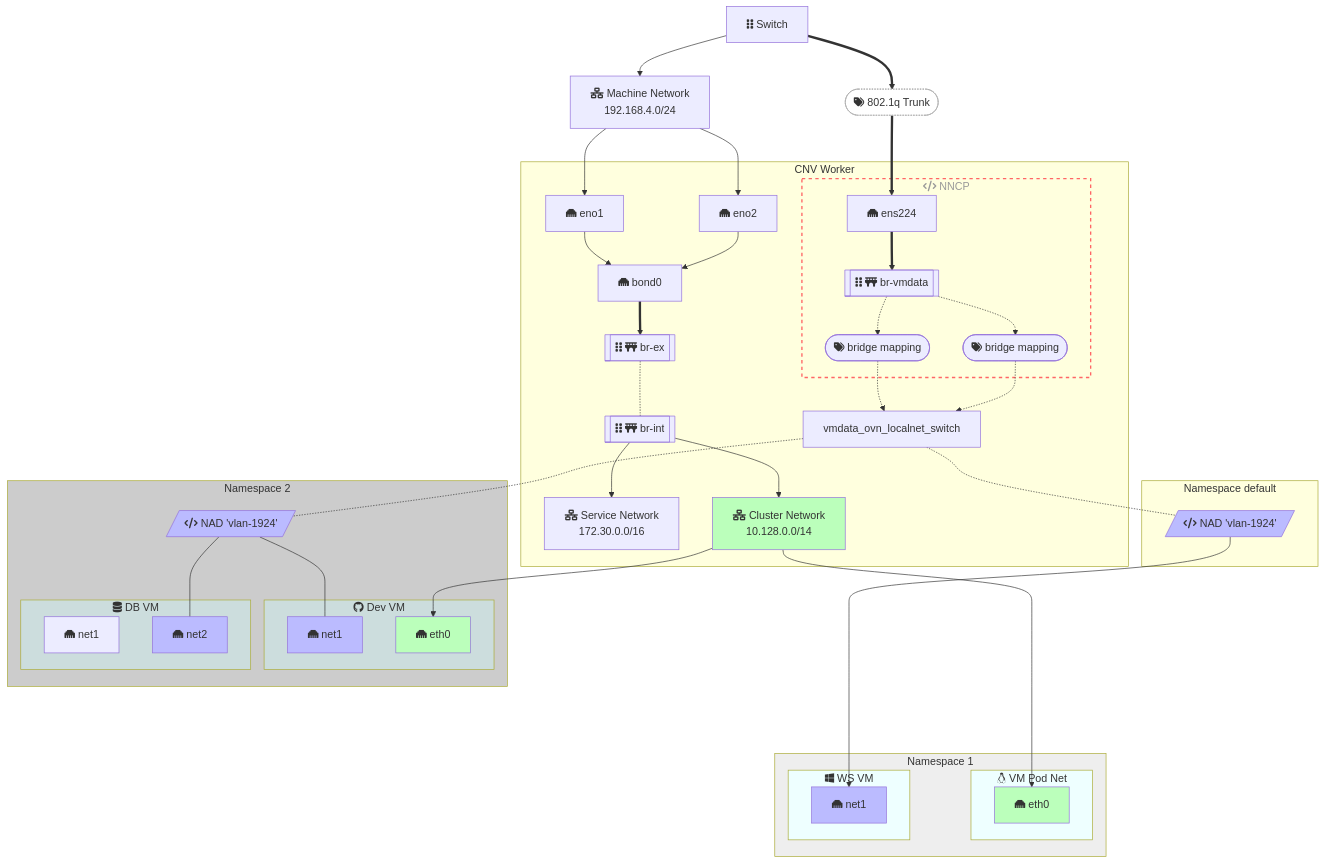
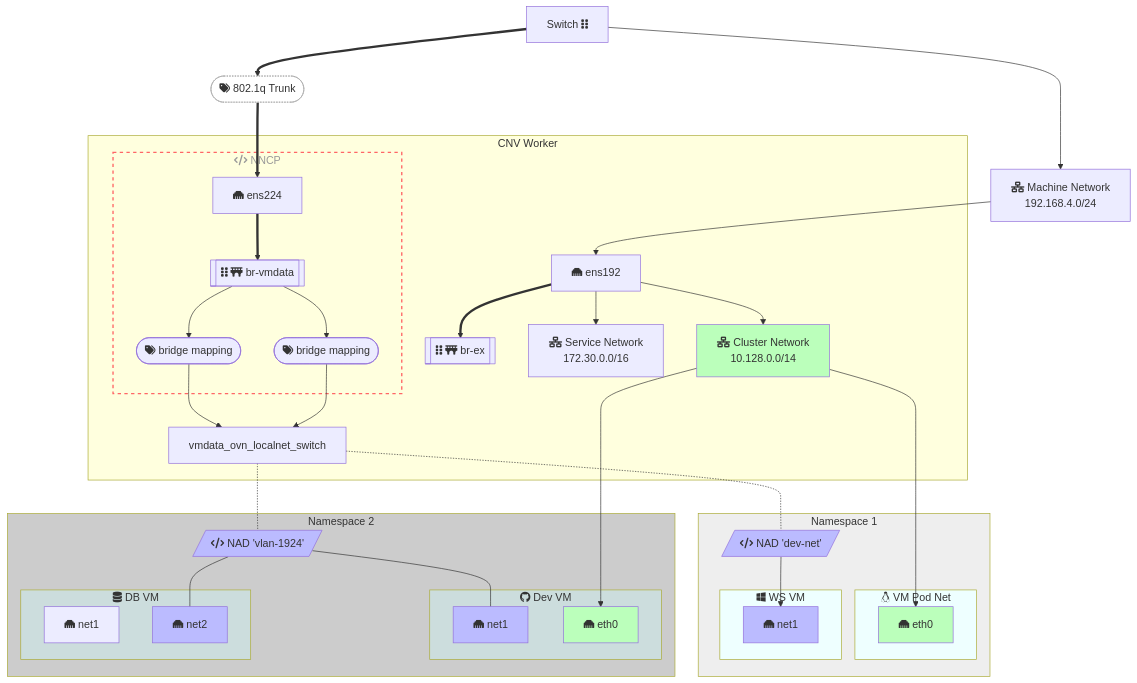
The diagram in content/blog/Open-Virtual-Networking-with-OpenShift-Virtualization.md (dlbewley/guifreelife-src), drawn with Mermaid before and after one commit. The commit also changed other lines of this file, not shown here.

````diff
--- a/content/blog/Open-Virtual-Networking-with-OpenShift-Virtualization.md
+++ b/content/blog/Open-Virtual-Networking-with-OpenShift-Virtualization.md
@@ -536,42 +263,31 @@
 ```mermaid
 graph TD;
 
-  switch["fa:fa-grip-vertical Switch"]
+  switch["Switch fa:fa-grip-vertical"]
   machinenet["fa:fa-network-wired Machine Network<br> 192.168.4.0/24"]
-  switch --> machinenet --> eno1
-             machinenet --> eno2
+  switch --> machinenet --> ens192
   switch ==> T(["fa:fa-tags 802.1q Trunk"]) ==> ens224[ens224]
 
   subgraph node["CNV Worker"]
-    eno1["fa:fa-ethernet eno1"]
-    eno2["fa:fa-ethernet eno2"]
-    eno1 --> bond0
-    eno2 --> bond0
-    bond0["fa:fa-ethernet bond0"]
-    bond0 ==> br-ex[["fa:fa-grip-vertical fa:fa-bridge br-ex"]]
-    br-int[["fa:fa-grip-vertical fa:fa-bridge br-int"]]
-    br-ex -.- br-int
+    ens192["fa:fa-ethernet ens192"]
+    ens192 ==> br-ex[["fa:fa-grip-vertical fa:fa-bridge br-ex"]]
     servicenet["fa:fa-network-wired Service Network<br> 172.30.0.0/16"]
     clusternet["fa:fa-network-wired Cluster Network<br> 10.128.0.0/14"]
 
-    br-int --> servicenet
-    br-int --> clusternet
+    ens192 --> servicenet
+    ens192 --> clusternet
 
     subgraph nncp["fa:fa-code NNCP"]
       ens224["fa:fa-ethernet ens224"]
       ens224 ==> br-vmdata[["fa:fa-grip-vertical fa:fa-bridge br-vmdata"]]
-      br-vmdata -.-> BM1924(["fa:fa-tags bridge mapping"])
-      br-vmdata -.-> BM1926(["fa:fa-tags bridge mapping"])
+      br-vmdata --> BM1924(["fa:fa-tags bridge mapping"])
+      br-vmdata --> BM1926(["fa:fa-tags bridge mapping"])
 
     end
 
-    BM1924 -.-> vmdata_ovn_localnet_switch
-    BM1926 -.-> vmdata_ovn_localnet_switch
+    BM1924 --> vmdata_ovn_localnet_switch
+    BM1926 --> vmdata_ovn_localnet_switch
 
-  end
-
-  subgraph nsd["Namespace default"]
-    nsd-nad-1924[/"fa:fa-code NAD 'vlan-1924'"/]
   end
 
   subgraph ns1["Namespace 1"]
@@ -583,7 +299,7 @@
     subgraph ns1-vm2[fab:fa-windows WS VM]
         ns1-vm2-nic1["fa:fa-ethernet net1"]
     end
-    vmdata_ovn_localnet_switch  -.- nsd-nad-1924 --> ns1-vm2-nic1
+    vmdata_ovn_localnet_switch  -.- ns1-nad-1924[/"fa:fa-code NAD 'dev-net'"/] --> ns1-vm2-nic1
   end
 
   subgraph ns2["Namespace 2"]
@@ -607,7 +323,7 @@
   class clusternet,nginx-nic,ns2-vm1-nic2 clusterNet
 
   classDef vlan-1924 fill:#bbf
-  class ens224.1924,br-1924,nsd-nad-1924,ns1-nad-1924,ns2-nad-1924,ns1-vm2-nic1,ns1-ws2-1924,ns2-vm1-nic1,ns2-vm2-nic2 vlan-1924
+  class ens224.1924,br-1924,ns1-nad-1924,ns2-nad-1924,ns1-vm2-nic1,ns1-ws2-1924,ns2-vm1-nic1,ns2-vm2-nic2 vlan-1924
 
   style nncp stroke:#f66,stroke-width:2px,color:#999,stroke-dasharray: 5 5
   style T fill:white,stroke:darkgrey,stroke-width:1px,color:#333,stroke-dasharray: 2 2
````
